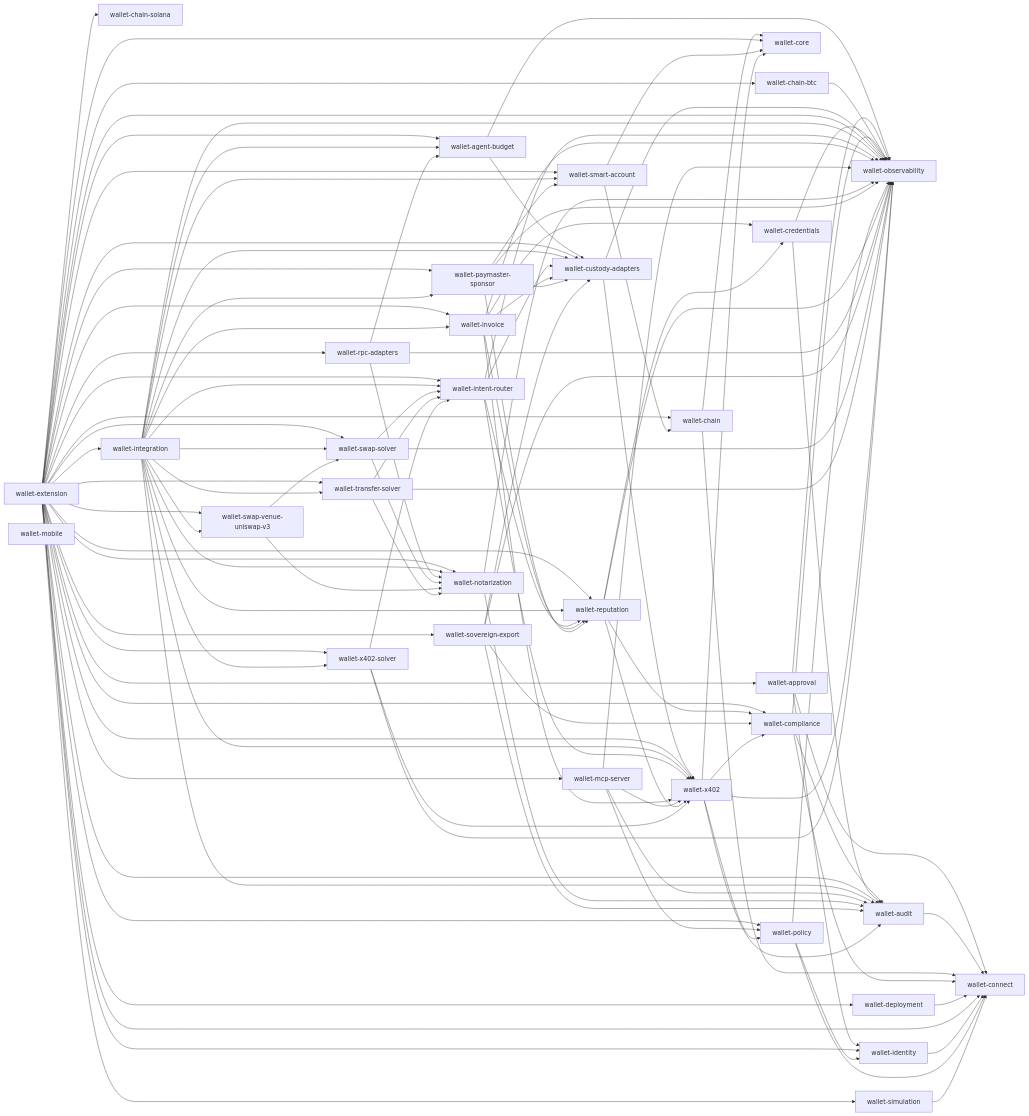
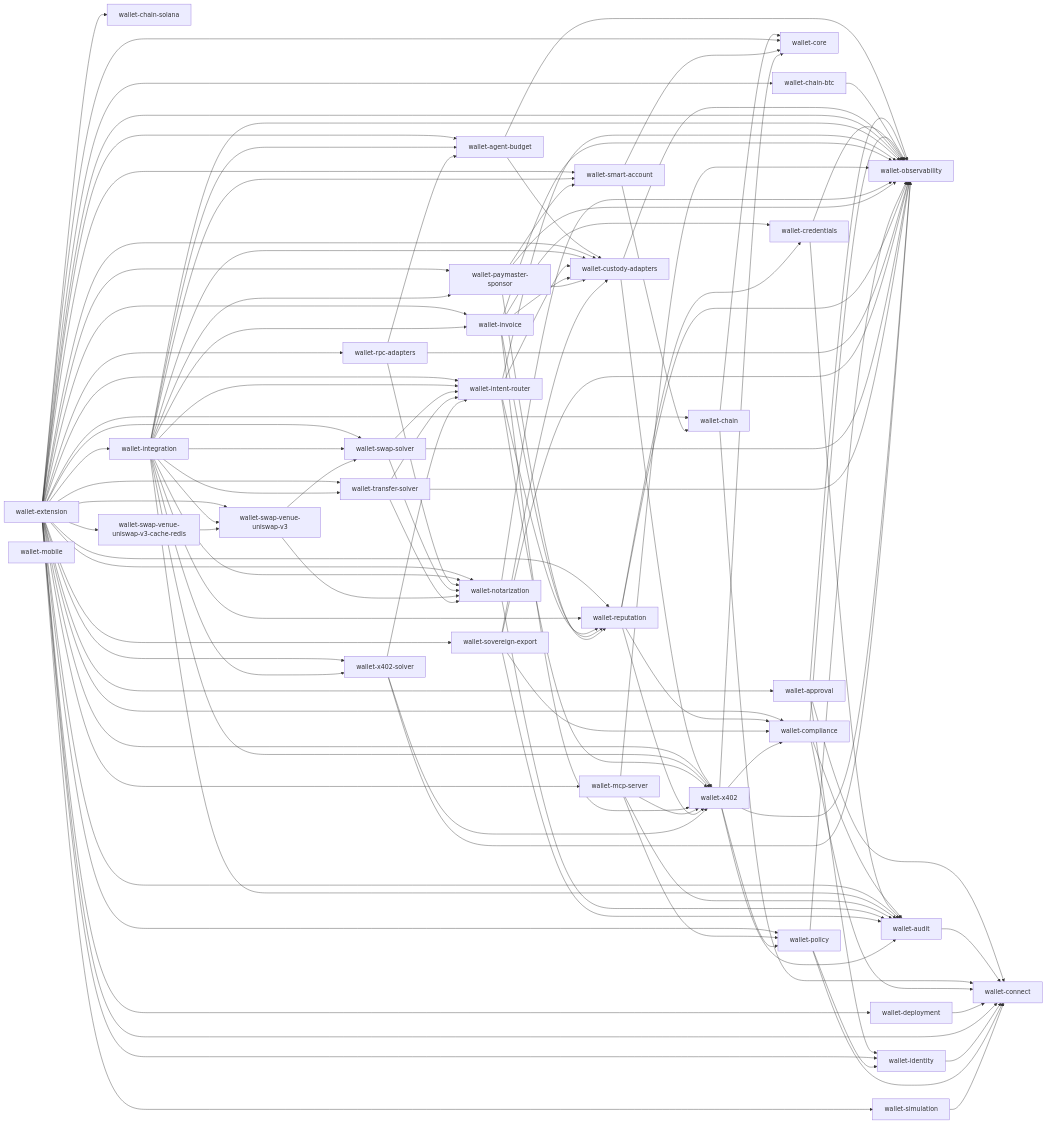
The diagram in reports/workspace-deps.mmd (aethelred-foundation/wallet), drawn with Mermaid before and after one commit. The commit also changed 9 other files, not shown here.

First line of the commit message:
feat(swap-venue-uniswap-v3-cache-redis): Redis-backed AllowanceCache adapter (multi-process / multi-region ready) (#100)

```diff
--- a/reports/workspace-deps.mmd
+++ b/reports/workspace-deps.mmd
@@ -1,121 +1,123 @@
 flowchart LR
   wallet-agent-budget --> wallet-custody-adapters
   wallet-agent-budget --> wallet-observability
   wallet-approval --> wallet-connect
   wallet-approval --> wallet-identity
   wallet-approval --> wallet-observability
   wallet-audit --> wallet-connect
   wallet-chain --> wallet-connect
   wallet-chain --> wallet-core
   wallet-chain-btc --> wallet-observability
   wallet-chain-solana
   wallet-compliance --> wallet-audit
   wallet-compliance --> wallet-connect
   wallet-compliance --> wallet-observability
   wallet-connect
   wallet-core
   wallet-credentials --> wallet-audit
   wallet-credentials --> wallet-observability
   wallet-custody-adapters --> wallet-observability
   wallet-custody-adapters --> wallet-x402
   wallet-deployment --> wallet-connect
   wallet-extension --> wallet-agent-budget
   wallet-extension --> wallet-approval
   wallet-extension --> wallet-audit
   wallet-extension --> wallet-chain
   wallet-extension --> wallet-chain-btc
   wallet-extension --> wallet-chain-solana
   wallet-extension --> wallet-compliance
   wallet-extension --> wallet-connect
   wallet-extension --> wallet-core
   wallet-extension --> wallet-custody-adapters
   wallet-extension --> wallet-deployment
   wallet-extension --> wallet-identity
   wallet-extension --> wallet-integration
   wallet-extension --> wallet-intent-router
   wallet-extension --> wallet-invoice
   wallet-extension --> wallet-mcp-server
   wallet-extension --> wallet-notarization
   wallet-extension --> wallet-observability
   wallet-extension --> wallet-paymaster-sponsor
   wallet-extension --> wallet-policy
   wallet-extension --> wallet-reputation
   wallet-extension --> wallet-rpc-adapters
   wallet-extension --> wallet-simulation
   wallet-extension --> wallet-smart-account
   wallet-extension --> wallet-sovereign-export
   wallet-extension --> wallet-swap-solver
   wallet-extension --> wallet-swap-venue-uniswap-v3
+  wallet-extension --> wallet-swap-venue-uniswap-v3-cache-redis
   wallet-extension --> wallet-transfer-solver
   wallet-extension --> wallet-x402
   wallet-extension --> wallet-x402-solver
   wallet-identity --> wallet-connect
   wallet-integration --> wallet-agent-budget
   wallet-integration --> wallet-audit
   wallet-integration --> wallet-custody-adapters
   wallet-integration --> wallet-intent-router
   wallet-integration --> wallet-invoice
   wallet-integration --> wallet-notarization
   wallet-integration --> wallet-observability
   wallet-integration --> wallet-paymaster-sponsor
   wallet-integration --> wallet-reputation
   wallet-integration --> wallet-smart-account
   wallet-integration --> wallet-swap-solver
   wallet-integration --> wallet-swap-venue-uniswap-v3
   wallet-integration --> wallet-transfer-solver
   wallet-integration --> wallet-x402
   wallet-integration --> wallet-x402-solver
   wallet-intent-router --> wallet-custody-adapters
   wallet-intent-router --> wallet-observability
   wallet-intent-router --> wallet-reputation
   wallet-intent-router --> wallet-x402
   wallet-invoice --> wallet-credentials
   wallet-invoice --> wallet-custody-adapters
   wallet-invoice --> wallet-observability
   wallet-invoice --> wallet-reputation
   wallet-invoice --> wallet-x402
   wallet-mcp-server --> wallet-audit
   wallet-mcp-server --> wallet-observability
   wallet-mcp-server --> wallet-policy
   wallet-mcp-server --> wallet-x402
   wallet-mobile
   wallet-notarization --> wallet-audit
   wallet-notarization --> wallet-observability
   wallet-observability
   wallet-paymaster-sponsor --> wallet-custody-adapters
   wallet-paymaster-sponsor --> wallet-observability
   wallet-paymaster-sponsor --> wallet-reputation
   wallet-paymaster-sponsor --> wallet-smart-account
   wallet-policy --> wallet-connect
   wallet-policy --> wallet-identity
   wallet-policy --> wallet-observability
   wallet-reputation --> wallet-compliance
   wallet-reputation --> wallet-credentials
   wallet-reputation --> wallet-observability
   wallet-reputation --> wallet-x402
   wallet-rpc-adapters --> wallet-agent-budget
   wallet-rpc-adapters --> wallet-notarization
   wallet-rpc-adapters --> wallet-observability
   wallet-simulation --> wallet-connect
   wallet-smart-account --> wallet-chain
   wallet-smart-account --> wallet-core
   wallet-sovereign-export --> wallet-audit
   wallet-sovereign-export --> wallet-compliance
   wallet-sovereign-export --> wallet-custody-adapters
   wallet-sovereign-export --> wallet-observability
   wallet-swap-solver --> wallet-intent-router
   wallet-swap-solver --> wallet-notarization
   wallet-swap-solver --> wallet-observability
   wallet-swap-venue-uniswap-v3 --> wallet-notarization
   wallet-swap-venue-uniswap-v3 --> wallet-swap-solver
+  wallet-swap-venue-uniswap-v3-cache-redis --> wallet-swap-venue-uniswap-v3
   wallet-transfer-solver --> wallet-intent-router
   wallet-transfer-solver --> wallet-notarization
   wallet-transfer-solver --> wallet-observability
   wallet-x402 --> wallet-audit
   wallet-x402 --> wallet-compliance
   wallet-x402 --> wallet-core
   wallet-x402 --> wallet-observability
   wallet-x402 --> wallet-policy
   wallet-x402-solver --> wallet-intent-router
   wallet-x402-solver --> wallet-observability
   wallet-x402-solver --> wallet-x402
```
